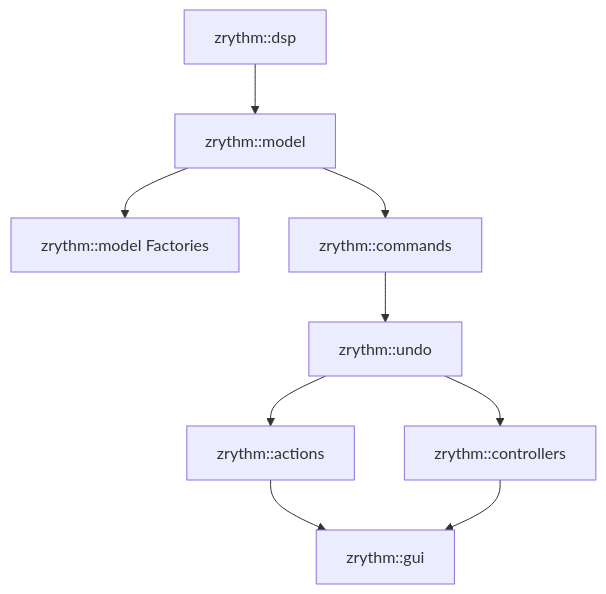
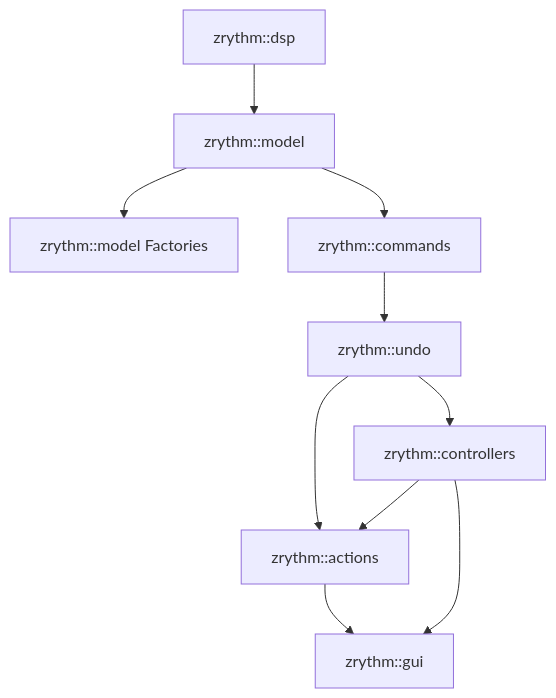
One commit to zrythm/zrythm changed the first of 3 diagrams in doc/dev/undo_system.md. Above: the diagram before and after it, drawn with Mermaid. The commit also changed other lines of this file and 60 other files, not shown here.

````diff
--- a/doc/dev/undo_system.md
+++ b/doc/dev/undo_system.md
@@ -25,11 +25,12 @@
 ```mermaid
 graph TD
     dsp[zrythm::dsp] --> model[zrythm::model]
     model --> factories[zrythm::model Factories]
     model --> commands[zrythm::commands]
     commands --> undo[zrythm::undo]
     undo --> actions[zrythm::actions]
     undo --> controllers[zrythm::controllers]
+    controllers --> actions
     actions --> gui[zrythm::gui]
     controllers --> gui
 ```
````
